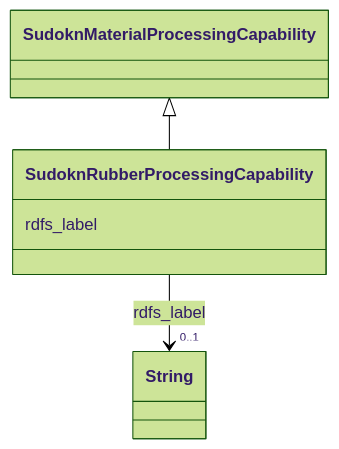
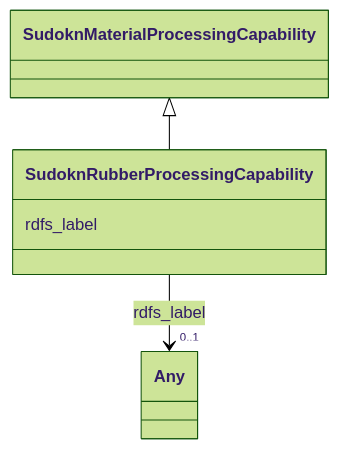
Before and after one commit to frink-okn/graph-descriptions: the diagram in sudokn-kg/classes/SudoknRubberProcessingCapability.md, drawn with Mermaid (forest theme). The commit also changed other lines of this file and 903 other files, not shown here.

````diff
--- a/sudokn-kg/classes/SudoknRubberProcessingCapability.md
+++ b/sudokn-kg/classes/SudoknRubberProcessingCapability.md
@@ -23,18 +18,18 @@
 ```mermaid
  classDiagram
     class SudoknRubberProcessingCapability
     click SudoknRubberProcessingCapability href "../SudoknRubberProcessingCapability"
       SudoknMaterialProcessingCapability <|-- SudoknRubberProcessingCapability
         click SudoknMaterialProcessingCapability href "../SudoknMaterialProcessingCapability"
       
       SudoknRubberProcessingCapability : rdfs_label
         
           
     
     
-    SudoknRubberProcessingCapability --> "0..1" String : rdfs_label
-    click String href "../String"
+    SudoknRubberProcessingCapability --> "0..1" Any : rdfs_label
+    click Any href "../Any"
 
         
       
 ```
````
